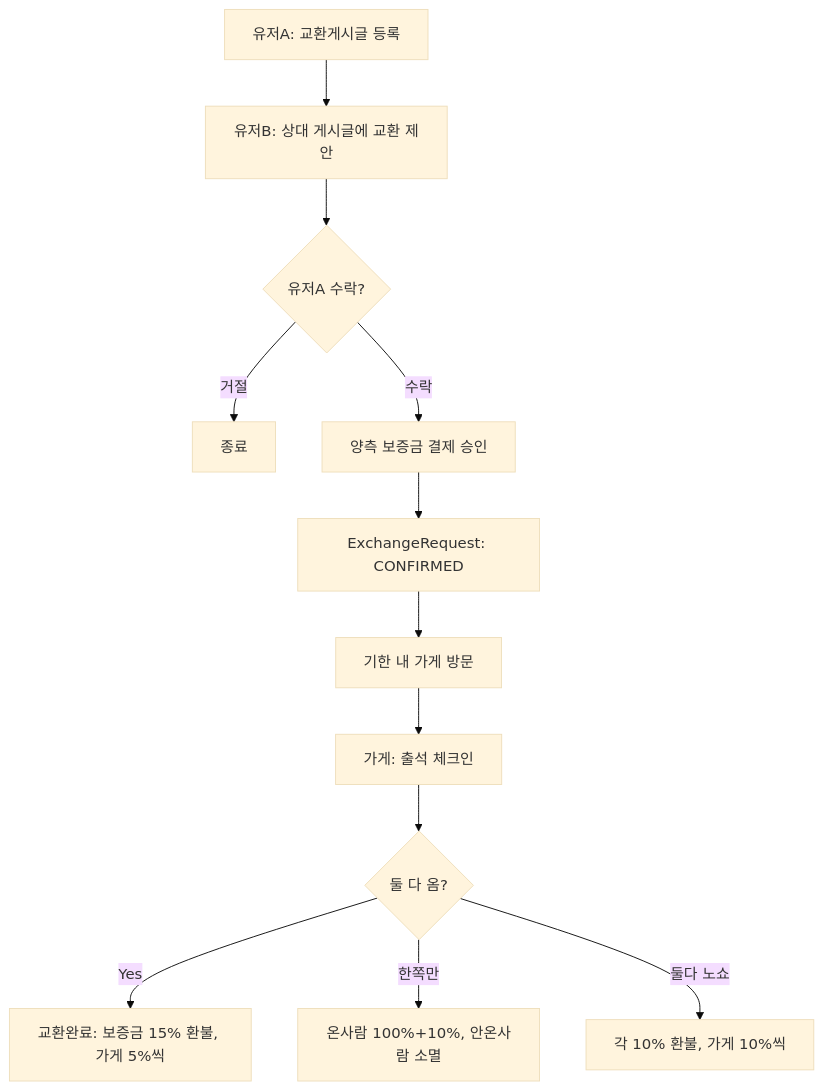
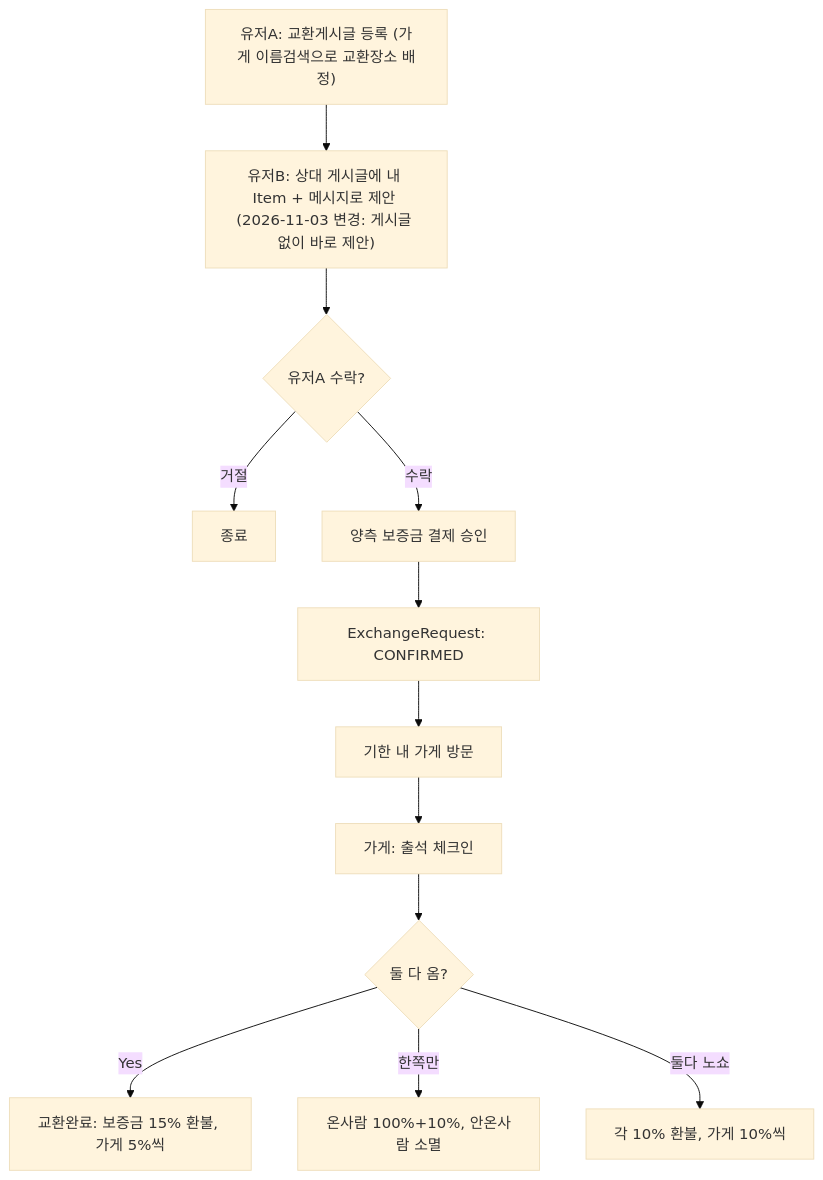
Before and after one commit to leeyonghee030/GoodsBridge: the second of 5 diagrams in docs/기획서.md, drawn with Mermaid (base theme). The commit also changed other lines of this file and 2 other files, not shown here.

First line of the commit message:
docs: 교환(exchange) propose 플로우 재설계 및 작업 분배 최신화 반영

````diff
--- a/docs/기획서.md
+++ b/docs/기획서.md
@@ -487,14 +546,14 @@
 ```mermaid
 flowchart TD
-  A[유저A: 교환게시글 등록] --> B[유저B: 상대 게시글에 교환 제안]
+  A["유저A: 교환게시글 등록 (가게 이름검색으로 교환장소 배정)"] --> B["유저B: 상대 게시글에 내 Item + 메시지로 제안 (2026-11-03 변경: 게시글 없이 바로 제안)"]
   B --> C{유저A 수락?}
   C -- 거절 --> Z[종료]
   C -- 수락 --> D[양측 보증금 결제 승인]
   D --> E[ExchangeRequest: CONFIRMED]
   E --> F[기한 내 가게 방문]
   F --> G[가게: 출석 체크인]
   G --> H{둘 다 옴?}
   H -- Yes --> I["교환완료: 보증금 15% 환불, 가게 5%씩"]
   H -- 한쪽만 --> J["온사람 100%+10%, 안온사람 소멸"]
   H -- 둘다 노쇼 --> K["각 10% 환불, 가게 10%씩"]
 ```
````
